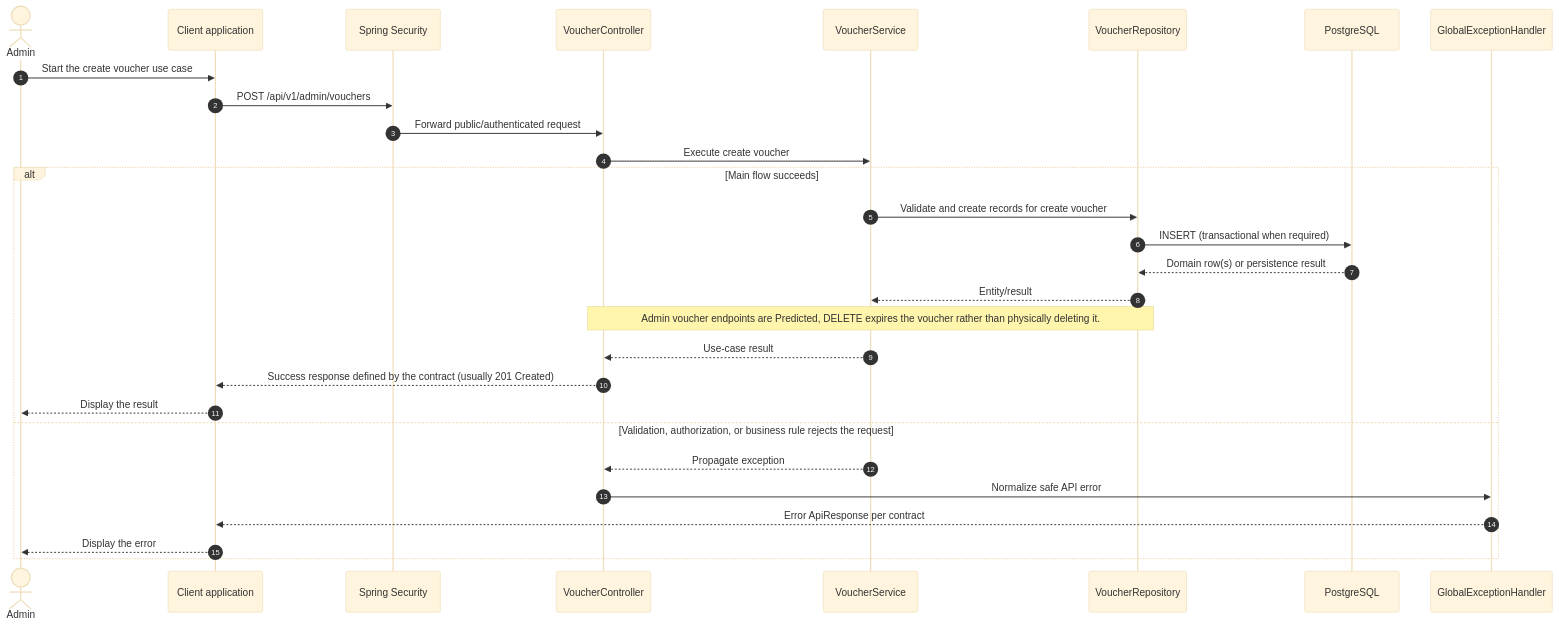
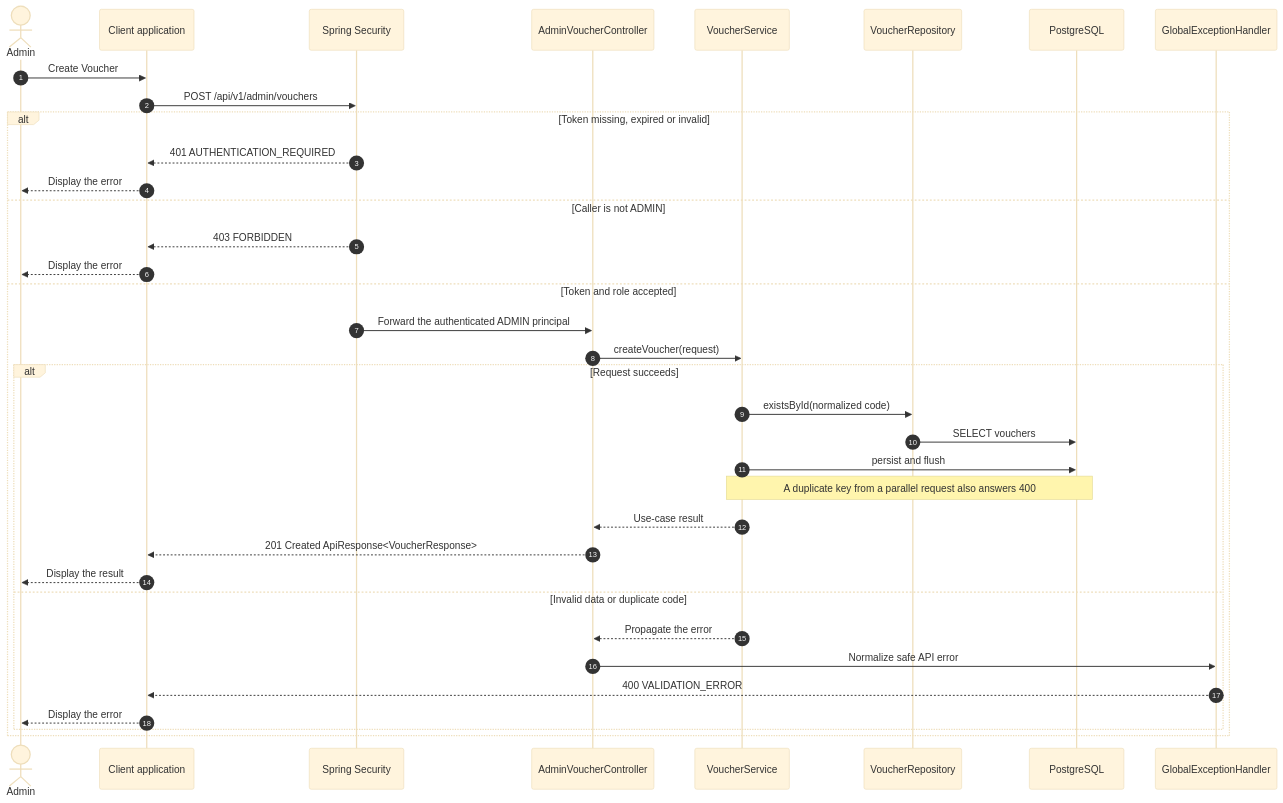
Before and after one commit to e-commercial-marketplace/commerce-platform-docs: the diagram in sequence-diagram/admin/create-voucher.md, drawn with Mermaid (base theme). The commit also changed other lines of this file and 232 other files, not shown here.

Commit message:
docs(usecase): align use cases, specs, activity and sequence diagrams with the backend

````diff
--- a/sequence-diagram/admin/create-voucher.md
+++ b/sequence-diagram/admin/create-voucher.md
@@ -9,31 +7,38 @@
 ```mermaid
 sequenceDiagram
     autonumber
     actor Admin
     participant Client as Client application
     participant Security as Spring Security
-    participant Controller as VoucherController
+    participant Controller as AdminVoucherController
     participant Service as VoucherService
     participant Repo as VoucherRepository
     participant DB as PostgreSQL
     participant Handler as GlobalExceptionHandler
-    Admin->>Client: Start the create voucher use case
+    Admin->>Client: Create Voucher
     Client->>Security: POST /api/v1/admin/vouchers
-    Security->>Controller: Forward public/authenticated request
-    Controller->>Service: Execute create voucher
-    alt Main flow succeeds
-        Service->>Repo: Validate and create records for create voucher
-        Repo->>DB: INSERT (transactional when required)
-        DB-->>Repo: Domain row(s) or persistence result
-        Repo-->>Service: Entity/result
-        Note over Controller,Repo: Admin voucher endpoints are Predicted, DELETE expires the voucher rather than physically deleting it.
-        Service-->>Controller: Use-case result
-        Controller-->>Client: Success response defined by the contract (usually 201 Created)
-        Client-->>Admin: Display the result
-    else Validation, authorization, or business rule rejects the request
-        Service-->>Controller: Propagate exception
-        Controller->>Handler: Normalize safe API error
-        Handler-->>Client: Error ApiResponse per contract
+    alt Token missing, expired or invalid
+        Security-->>Client: 401 AUTHENTICATION_REQUIRED
         Client-->>Admin: Display the error
+    else Caller is not ADMIN
+        Security-->>Client: 403 FORBIDDEN
+        Client-->>Admin: Display the error
+    else Token and role accepted
+        Security->>Controller: Forward the authenticated ADMIN principal
+        Controller->>Service: createVoucher(request)
+        alt Request succeeds
+            Service->>Repo: existsById(normalized code)
+            Repo->>DB: SELECT vouchers
+            Service->>DB: persist and flush
+            Note over Service,DB: A duplicate key from a parallel request also answers 400
+            Service-->>Controller: Use-case result
+            Controller-->>Client: 201 Created ApiResponse<VoucherResponse>
+            Client-->>Admin: Display the result
+        else Invalid data or duplicate code
+            Service-->>Controller: Propagate the error
+            Controller->>Handler: Normalize safe API error
+            Handler-->>Client: 400 VALIDATION_ERROR
+            Client-->>Admin: Display the error
+        end
     end
 ```
````
